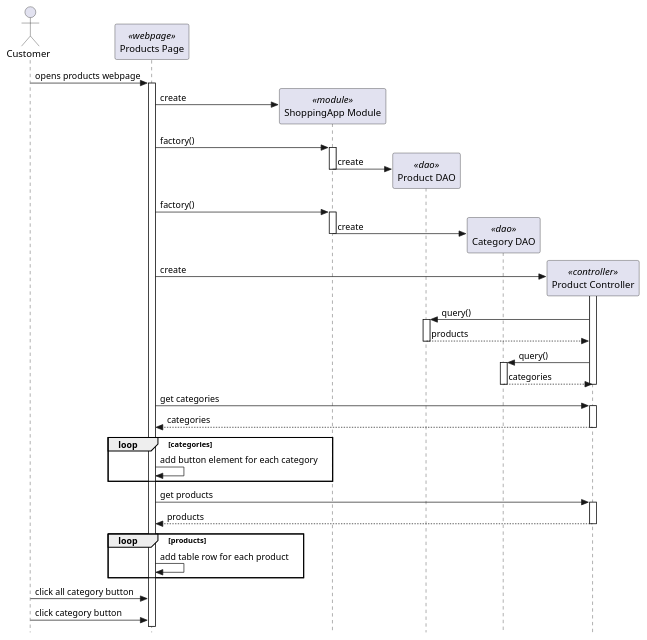
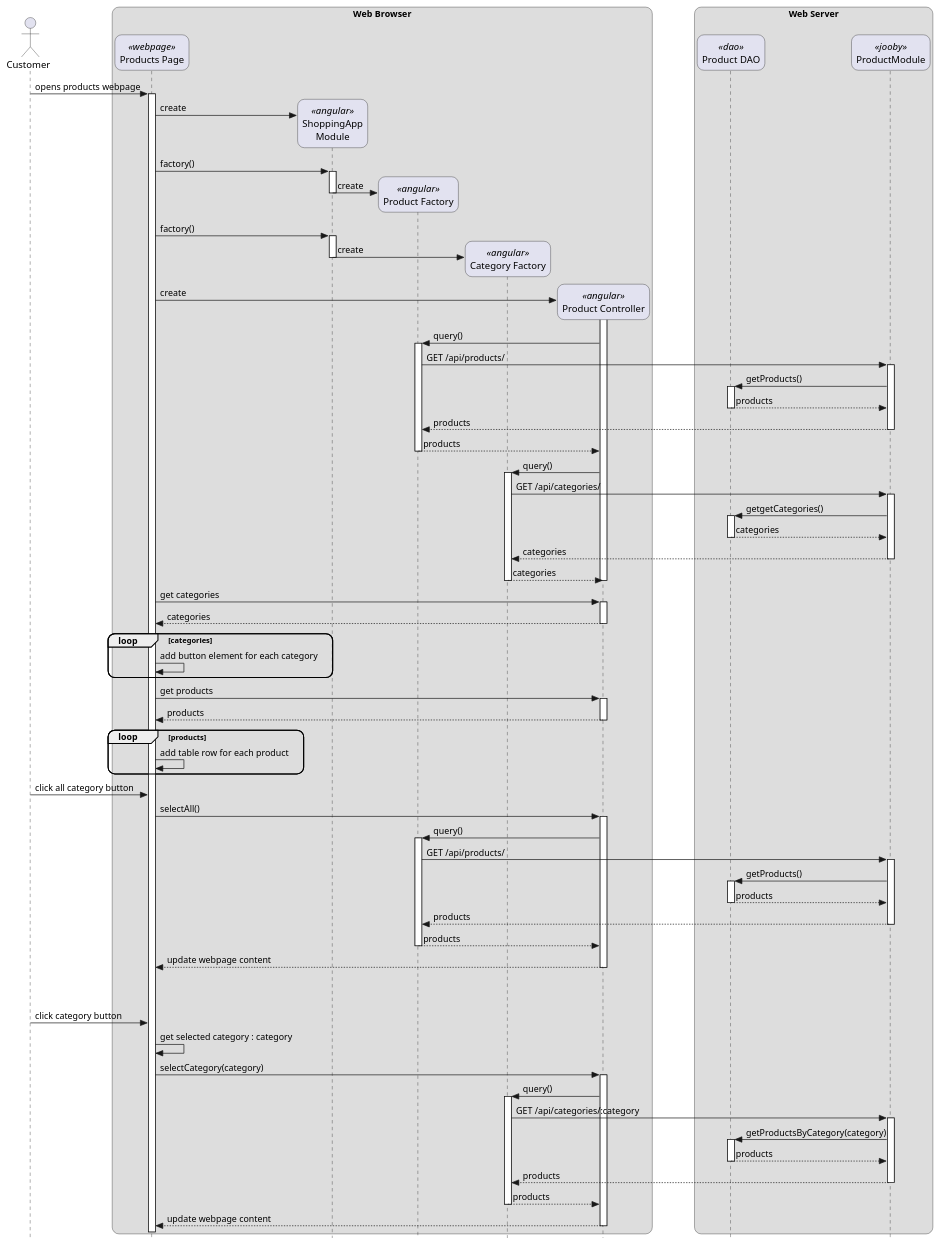
One commit to matthewdockerty/INFO202Shopping changed the diagram in viewAllProductsWeb.puml. Above: the diagram before and after it, drawn with PlantUML.

Commit message:
Finished web view products sequence diagram. Closes #45.

```diff
--- a/viewAllProductsWeb.puml
+++ b/viewAllProductsWeb.puml
@@ -1,55 +1,88 @@
 @startuml
     ' REFERENCE: https://isgb.otago.ac.nz/infosci/INFO202/reference/raw/master/reference.html#Sequence%20Diagrams:Contents%20%5B%5BSequence%20Diagrams%5D%5D
 
     ' use strict UML mode
     skinparam style strictuml
+    skinparam roundcorner 20
+    skinparam BoxPadding 30
+    
+    actor "Customer" as customer
 
-    actor "Customer" as customer
+    box "Web Browser"
     participant "Products Page" as webpage <<webpage>>
- 
+    participant "ShoppingApp\nModule" as angular <<angular>> 
+
     customer -> webpage++ : opens products webpage
 
-    create "ShoppingApp Module" as module <<module>> 
-    webpage -> module : create
+    create angular
+    webpage -> angular : create
 
-    webpage -> module++ : factory()
-    create "Product DAO" as productdao <<dao>>
-    module -> productdao : create
-    module--
+    webpage -> angular++ : factory()
+    create "Product Factory" as productFactory <<angular>>
+    angular -> productFactory : create
+    angular--
 
-    webpage -> module++ : factory()
-    create "Category DAO" as categorydao <<dao>>
-    module -> categorydao : create
-    module--
+    webpage -> angular++ : factory()
+    create "Category Factory" as categoryFactory <<angular>>
+    angular -> categoryFactory : create
+    angular--
 
 
-    create "Product Controller" as controller <<controller>>
+    create "Product Controller" as controller <<angular>>
     webpage -> controller++ : create
+    end box
     
-    controller -> productdao++ : query()
+    box "Web Server"
+    participant "Product DAO" as dao <<dao>> 
+    participant "ProductModule" as jooby <<jooby>>
+    end box
+
+    controller -> productFactory++ : query()
+    productFactory -> jooby++ : GET /api/products/
+    jooby -> dao++ : getProducts()
+    return products
+    return products
     return products
 
-    controller -> categorydao++ : query()
+    controller -> categoryFactory++ : query()
+    categoryFactory -> jooby++ : GET /api/categories/
+    jooby -> dao++ : getgetCategories()
     return categories
-
+    return categories
+    return categories
     controller--
 
     webpage -> controller++ : get categories
     return categories
     loop categories 
         webpage -> webpage : add button element for each category
     end   
 
     webpage -> controller++ : get products
     return products
     loop products
         webpage -> webpage : add table row for each product
     end
     
     customer -> webpage : click all category button
-
+    webpage -> controller++ : selectAll()
+    controller -> productFactory++ : query()
+    productFactory -> jooby++ : GET /api/products/
+    jooby -> dao++ : getProducts()
+    return products
+    return products
+    return products
+    return update webpage content
+    |||
+    |||
     customer -> webpage : click category button
-
-' TODO IMPLEMENT JOOBY MODULE!!
-
+    webpage -> webpage : get selected category : category
+    webpage -> controller++ : selectCategory(category)
+    controller -> categoryFactory++ : query()
+    categoryFactory -> jooby++ : GET /api/categories/:category
+    jooby -> dao++ : getProductsByCategory(category)
+    return products
+    return products
+    return products
+    return update webpage content
 @enduml
```
